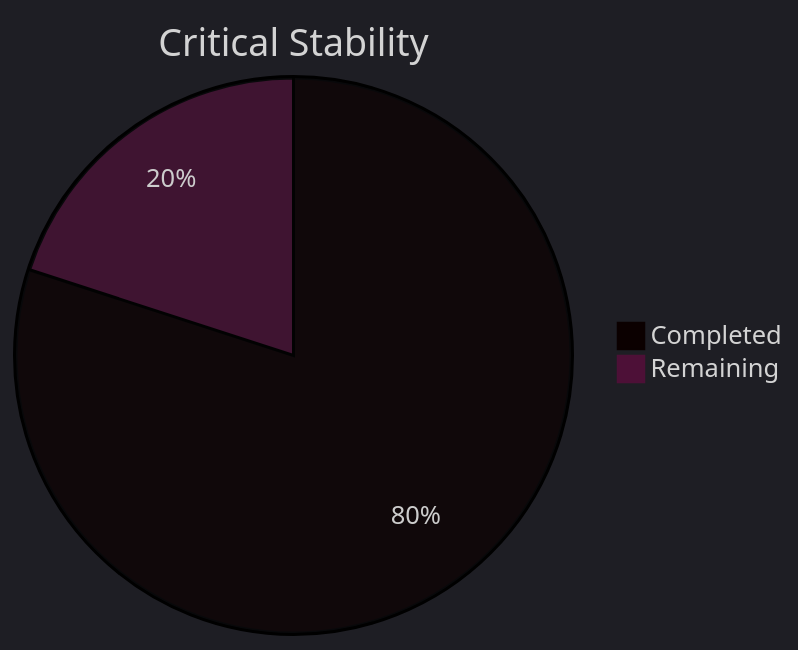
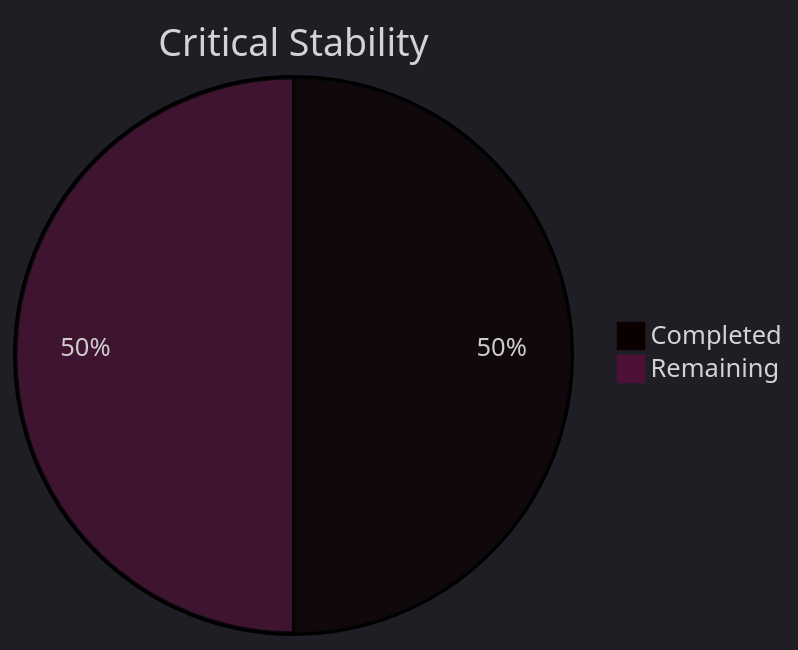
Before and after one commit to Neogleamz/SK8Lytz: the second of 5 diagrams in tools/SK8Lytz_Bucket_List.md, drawn with Mermaid. The commit also changed other lines of this file, not shown here.

````diff
--- a/tools/SK8Lytz_Bucket_List.md
+++ b/tools/SK8Lytz_Bucket_List.md
@@ -22,6 +22,6 @@
 ```mermaid
 %%{init: {'theme': 'dark'}}%%
 pie title Critical Stability
   "Completed" : 4
-  "Remaining" : 1
+  "Remaining" : 4
 ```
````
